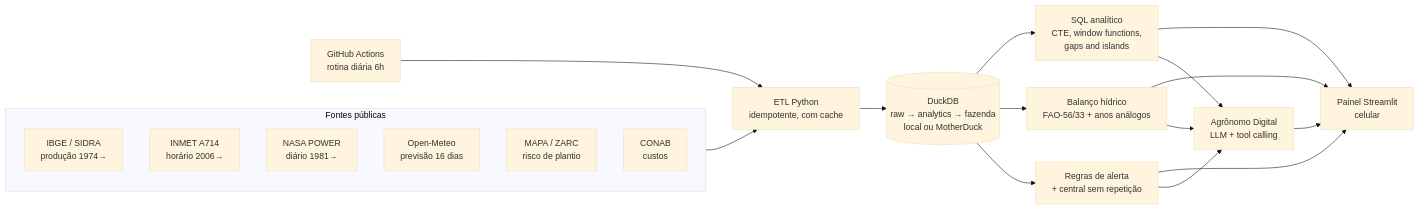
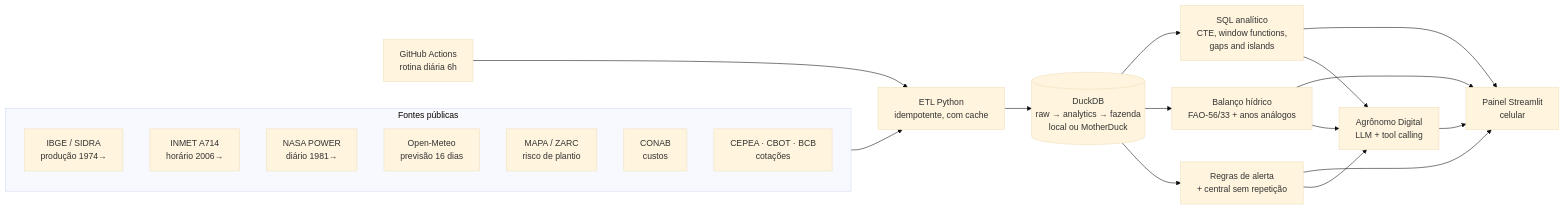
One commit to ORafaelPrado/safraviva-itapeva changed the diagram in README.md. Above: the diagram before and after it, drawn with Mermaid (base theme). The commit also changed other lines of this file and 17 other files, not shown here.

First line of the commit message:
Cotações ao vivo: CEPEA, bolsa de Chicago e dólar, com pergunta à IA

````diff
--- a/README.md
+++ b/README.md
@@ -40,20 +41,21 @@
 ```mermaid
 flowchart LR
     subgraph F[Fontes públicas]
         IBGE[IBGE / SIDRA<br/>produção 1974→]
         INMET[INMET A714<br/>horário 2006→]
         NASA[NASA POWER<br/>diário 1981→]
         OM[Open-Meteo<br/>previsão 16 dias]
         ZARC[MAPA / ZARC<br/>risco de plantio]
         CONAB[CONAB<br/>custos]
+        COT[CEPEA · CBOT · BCB<br/>cotações]
     end
     F --> ETL[ETL Python<br/>idempotente, com cache]
     ETL --> DB[(DuckDB<br/>raw → analytics → fazenda<br/>local ou MotherDuck)]
     DB --> SQL[SQL analítico<br/>CTE, window functions,<br/>gaps and islands]
     DB --> BH[Balanço hídrico<br/>FAO-56/33 + anos análogos]
     DB --> AL[Regras de alerta<br/>+ central sem repetição]
     SQL & BH & AL --> APP[Painel Streamlit<br/>celular]
     SQL & BH & AL --> IA[Agrônomo Digital<br/>LLM + tool calling]
     IA --> APP
     GA[GitHub Actions<br/>rotina diária 6h] --> ETL
 ```
````
